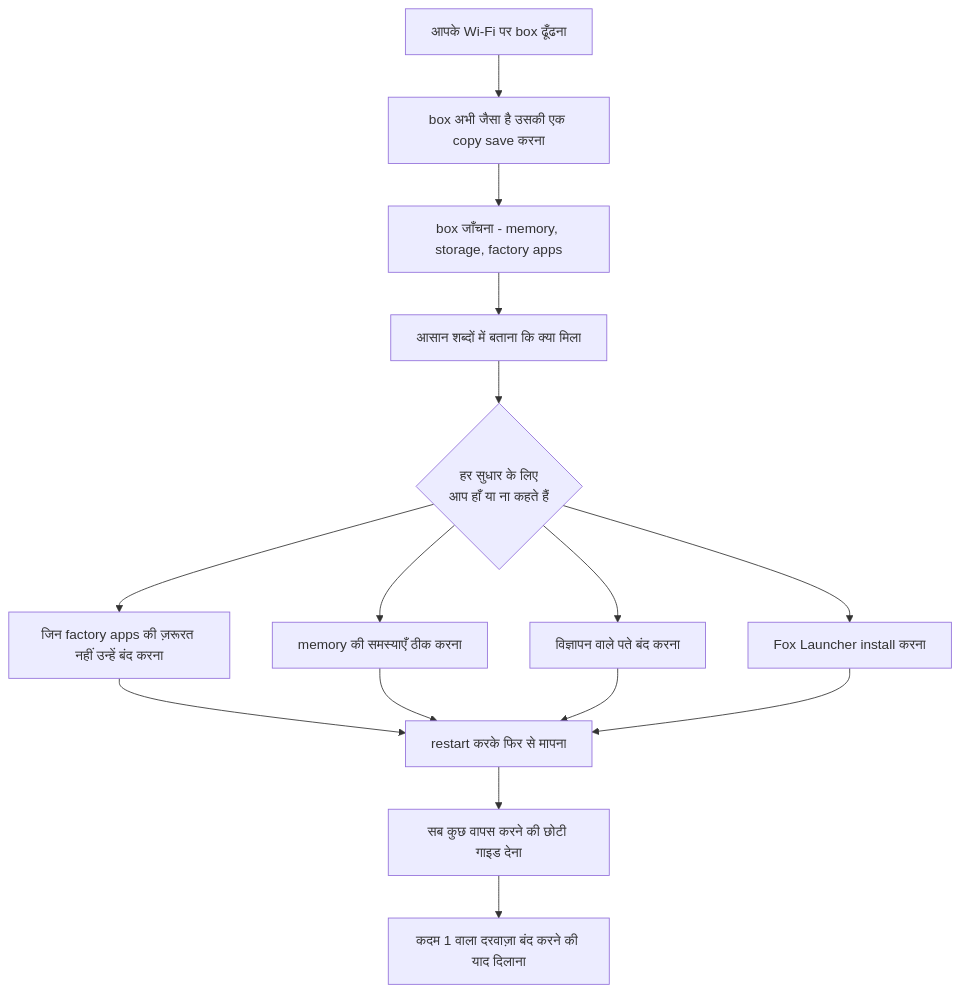
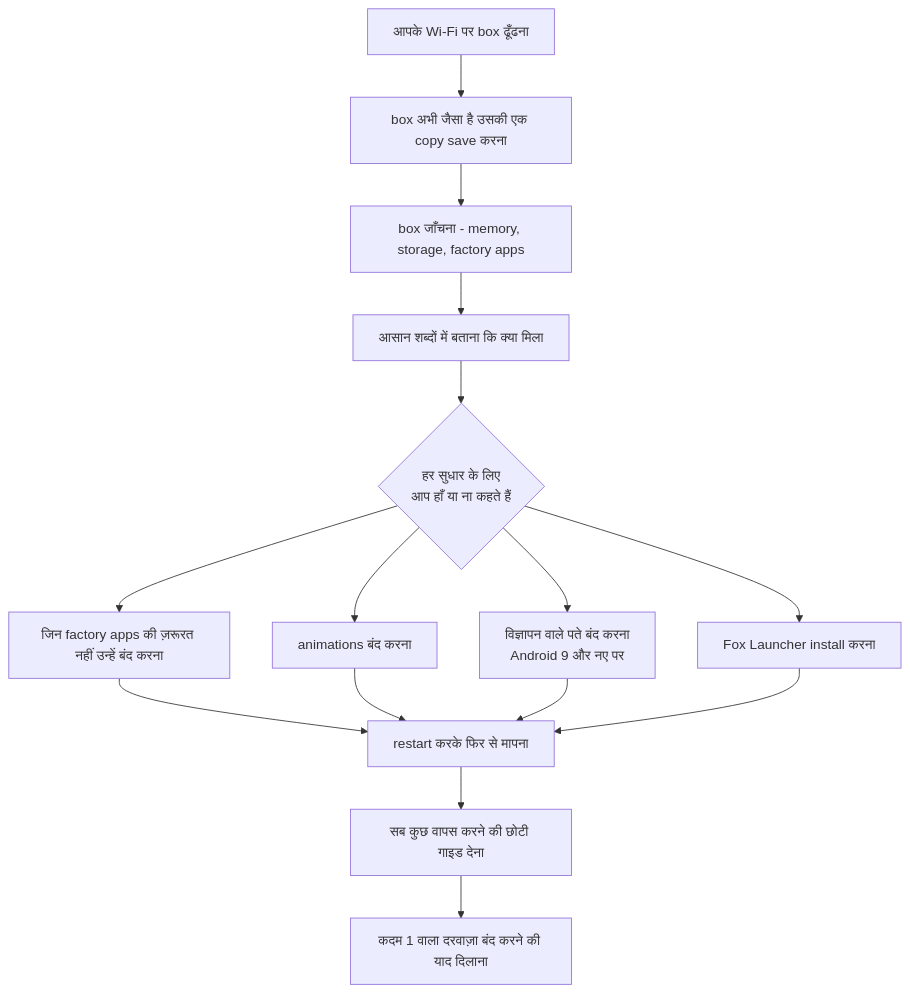
The diagram in docs/i18n/README.hi.md (franco-valenzuela/fox-launcher-tvbox), drawn with Mermaid before and after one commit. The commit also changed other lines of this file and 19 other files, not shown here.

````diff
--- a/docs/i18n/README.hi.md
+++ b/docs/i18n/README.hi.md
@@ -82,17 +84,17 @@
 ```mermaid
 flowchart TD
     A[आपके Wi-Fi पर box ढूँढना] --> B[box अभी जैसा है उसकी एक copy save करना]
     B --> C[box जाँचना - memory, storage, factory apps]
     C --> D[आसान शब्दों में बताना कि क्या मिला]
     D --> E{हर सुधार के लिए<br/>आप हाँ या ना कहते हैं}
     E --> F[जिन factory apps की ज़रूरत नहीं उन्हें बंद करना]
-    E --> G[memory की समस्याएँ ठीक करना]
-    E --> H[विज्ञापन वाले पते बंद करना]
+    E --> G[animations बंद करना]
+    E --> H[विज्ञापन वाले पते बंद करना<br/>Android 9 और नए पर]
     E --> I[Fox Launcher install करना]
     F --> J[restart करके फिर से मापना]
     G --> J
     H --> J
     I --> J
     J --> K[सब कुछ वापस करने की छोटी गाइड देना]
     K --> L[कदम 1 वाला दरवाज़ा बंद करने की याद दिलाना]
 ```
````
